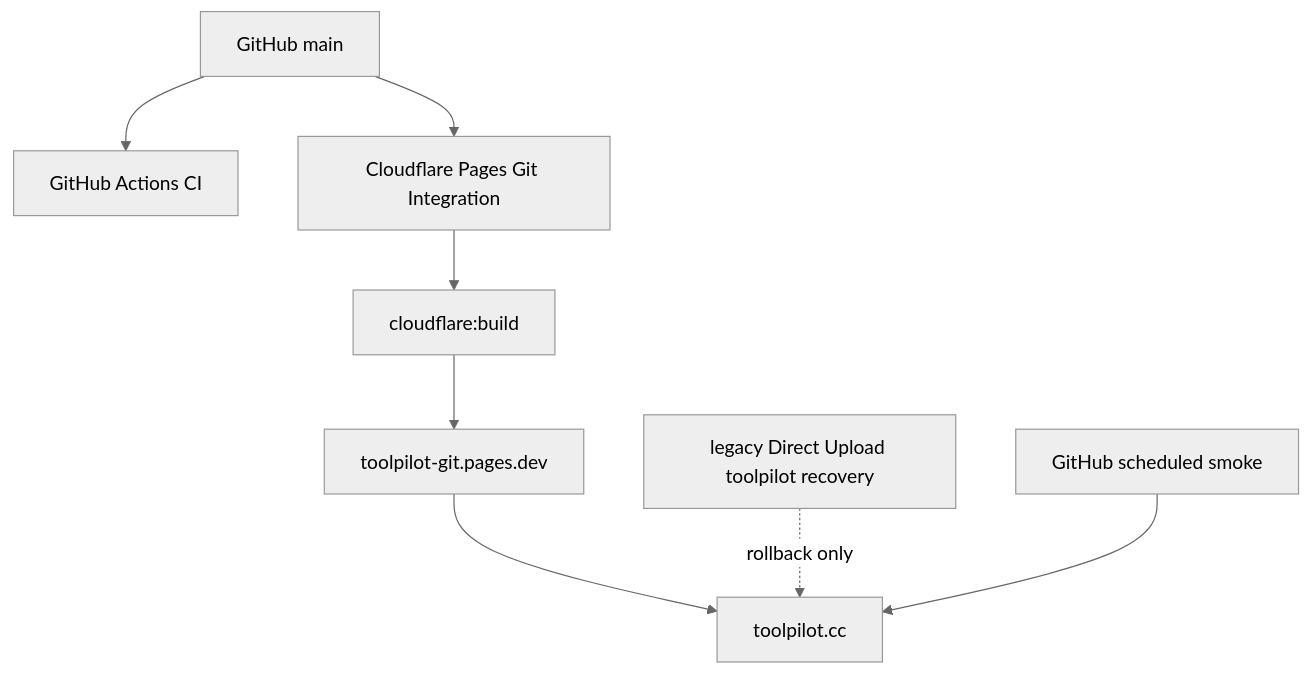
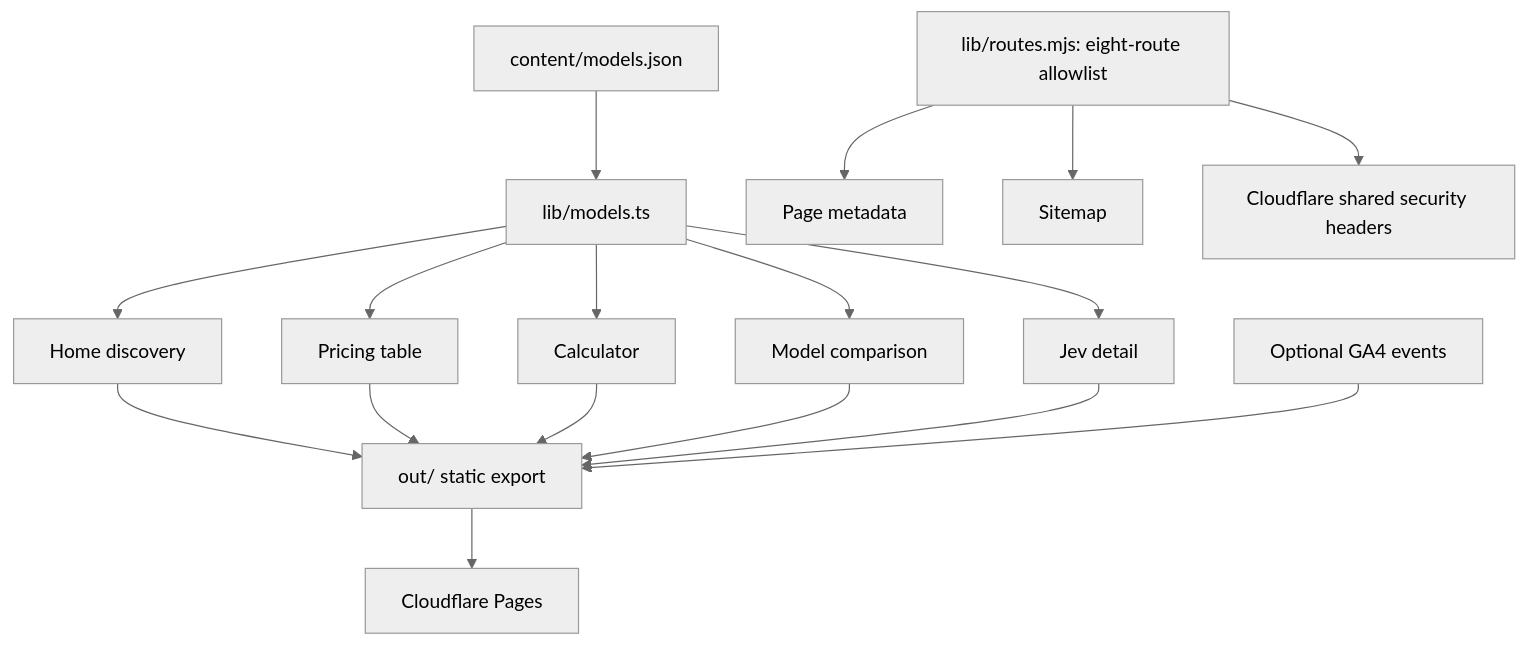
Before and after one commit to yubinhong/toolpilot: the diagram in ARCHITECTURE.md, drawn with Mermaid (neutral theme). The commit also changed other lines of this file and 155 other files, not shown here.

Commit message:
feat(v1): rebuild eight-page AI pricing platform

````diff
--- a/ARCHITECTURE.md
+++ b/ARCHITECTURE.md
@@ -145,10 +7,19 @@
 ```mermaid
 flowchart TD
-    R[GitHub main] --> CI[GitHub Actions CI]
-    R --> CF[Cloudflare Pages Git Integration]
-    CF --> B[cloudflare:build]
-    B --> H[toolpilot-git.pages.dev]
-    H --> D[toolpilot.cc]
-    L[legacy Direct Upload toolpilot recovery] -. rollback only .-> D
-    M[GitHub scheduled smoke] --> D
+    M[content/models.json] --> L[lib/models.ts]
+    L --> H[Home discovery]
+    L --> P[Pricing table]
+    L --> C[Calculator]
+    L --> X[Model comparison]
+    L --> J[Jev detail]
+    R[lib/routes.mjs: eight-route allowlist] --> MD[Page metadata]
+    R --> SM[Sitemap]
+    R --> AH[Cloudflare shared security headers]
+    H --> O[out/ static export]
+    P --> O
+    C --> O
+    X --> O
+    J --> O
+    O --> CF[Cloudflare Pages]
+    GA[Optional GA4 events] --> O
 ```
````
